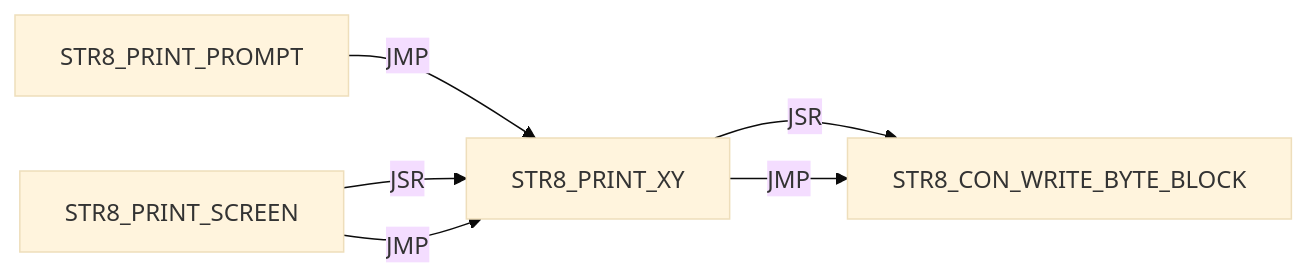
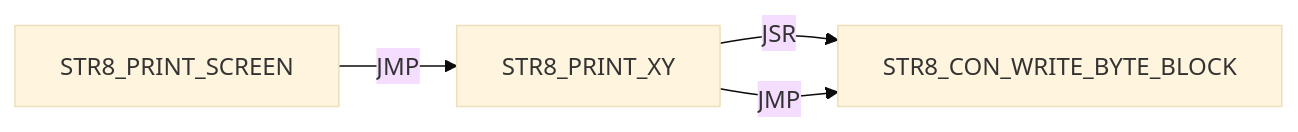
One commit to 95westus/R-YORS changed diagram 23 of 42 in DOC/GUIDES/STR8/STR8_EDGE_DUMP.md. Above: the diagram before and after it, drawn with Mermaid (base theme). The commit also changed other lines of this file and 25 other files, not shown here.

````diff
--- a/DOC/GUIDES/STR8/STR8_EDGE_DUMP.md
+++ b/DOC/GUIDES/STR8/STR8_EDGE_DUMP.md
@@ -343,8 +336,6 @@
 ```mermaid
 flowchart LR
-    N0["STR8_PRINT_PROMPT"] -->|JMP| N1["STR8_PRINT_XY"]
-    N2["STR8_PRINT_SCREEN"] -->|JSR| N1["STR8_PRINT_XY"]
-    N2["STR8_PRINT_SCREEN"] -->|JMP| N1["STR8_PRINT_XY"]
-    N1["STR8_PRINT_XY"] -->|JSR| N3["STR8_CON_WRITE_BYTE_BLOCK"]
-    N1["STR8_PRINT_XY"] -->|JMP| N3["STR8_CON_WRITE_BYTE_BLOCK"]
+    N0["STR8_PRINT_SCREEN"] -->|JMP| N1["STR8_PRINT_XY"]
+    N1["STR8_PRINT_XY"] -->|JSR| N2["STR8_CON_WRITE_BYTE_BLOCK"]
+    N1["STR8_PRINT_XY"] -->|JMP| N2["STR8_CON_WRITE_BYTE_BLOCK"]
 ```
````
